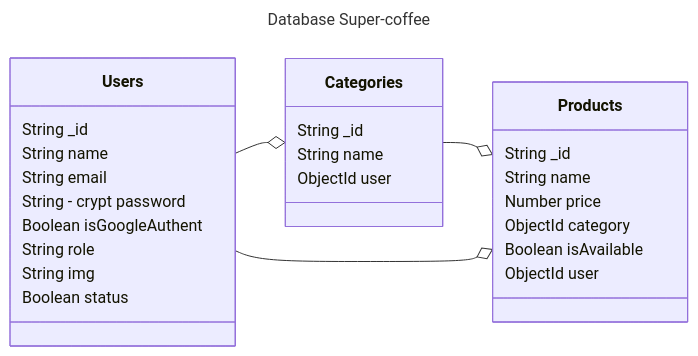
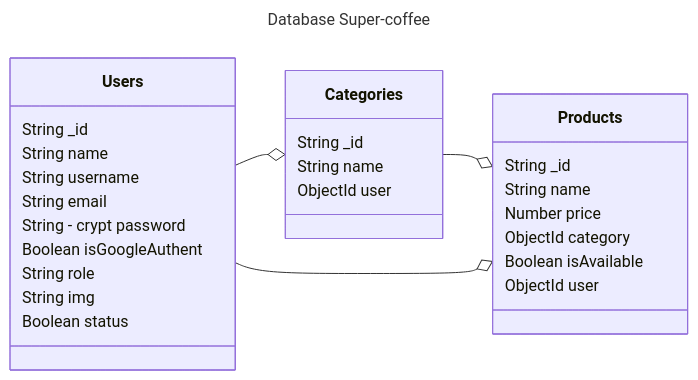
One commit to castromaciel/scoffee-rest-server changed the diagram in README.md. Above: the diagram before and after it, drawn with Mermaid. The commit also changed other lines of this file and 6 other files, not shown here.

````diff
--- a/README.md
+++ b/README.md
@@ -15,34 +15,35 @@
 ```mermaid
 ---
 title: Database Super-coffee
 ---
 classDiagram
   class Users
   Users : String _id
   Users : String name
+  Users : String username
   Users : String email
   Users : String - crypt password 
   Users : Boolean isGoogleAuthent
   Users : String role
   Users : String img
   Users : Boolean status
 
   class Categories
   Categories : String _id
   Categories : String name
   Categories : ObjectId user
 
 
   class Products
   Products : String _id
   Products : String name
   Products : Number price
   Products : ObjectId category
   Products : Boolean isAvailable
   Products : ObjectId user
 
   direction LR
   Users --o Categories
   Categories --o Products
   Users --o Products
 ```
````
